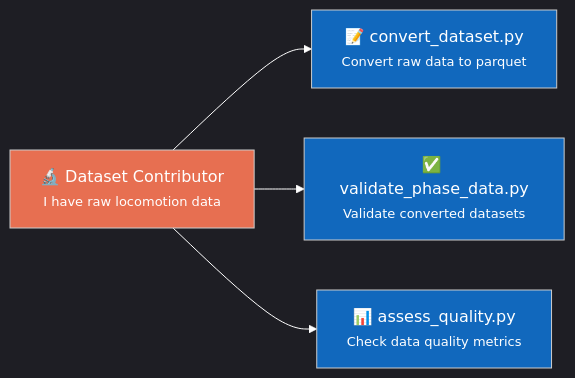
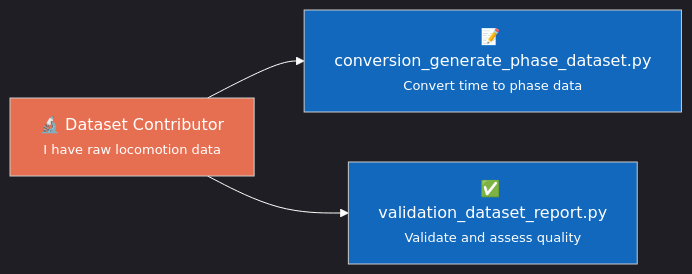
The first of 7 diagrams in docs/software_engineering/11_c4_context.md (jmontp/LocoHub), drawn with Mermaid before and after one commit. The commit also changed other lines of this file and 8 other files, not shown here.

First line of the commit message:
Update software engineering docs to reflect consolidated tool architecture

````diff
--- a/docs/software_engineering/11_c4_context.md
+++ b/docs/software_engineering/11_c4_context.md
@@ -7,16 +7,14 @@
 ```mermaid
 %%{init: {'theme': 'dark'}}%%
 graph LR
     DC["🔬 Dataset Contributor<br/><font size='-1'>I have raw locomotion data</font>"] 
     
-    DC --> CONVERT["📝 convert_dataset.py<br/><font size='-1'>Convert raw data to parquet</font>"]
-    DC --> VALIDATE["✅ validate_phase_data.py<br/><font size='-1'>Validate converted datasets</font>"]
-    DC --> ASSESS["📊 assess_quality.py<br/><font size='-1'>Check data quality metrics</font>"]
+    DC --> CONVERT["📝 conversion_generate_phase_dataset.py<br/><font size='-1'>Convert time to phase data</font>"]
+    DC --> VALIDATE["✅ validation_dataset_report.py<br/><font size='-1'>Validate and assess quality</font>"]
     
     style DC fill:#e76f51,color:white
     style CONVERT fill:#1168bd,color:white
     style VALIDATE fill:#1168bd,color:white  
-    style ASSESS fill:#1168bd,color:white
     
     linkStyle default stroke:white
 ```
````
